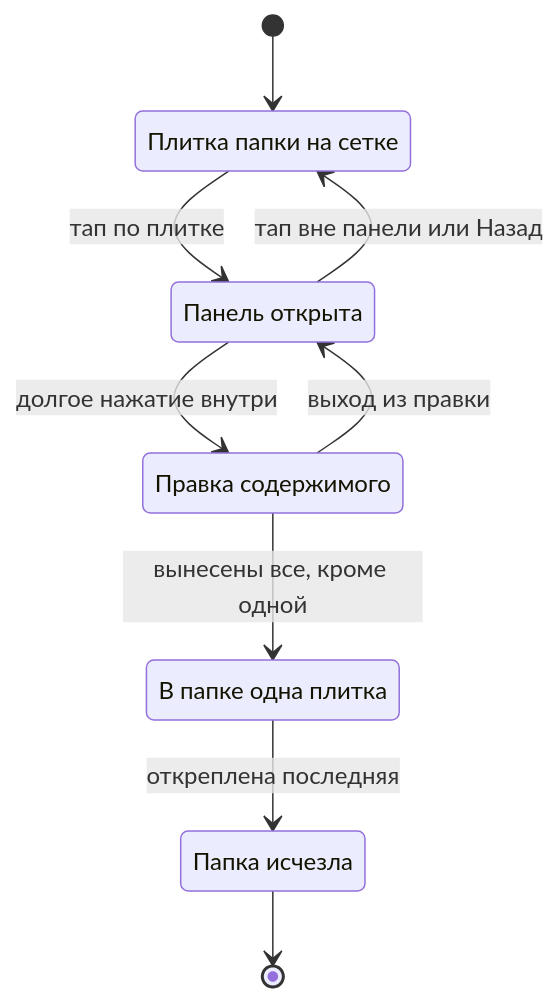
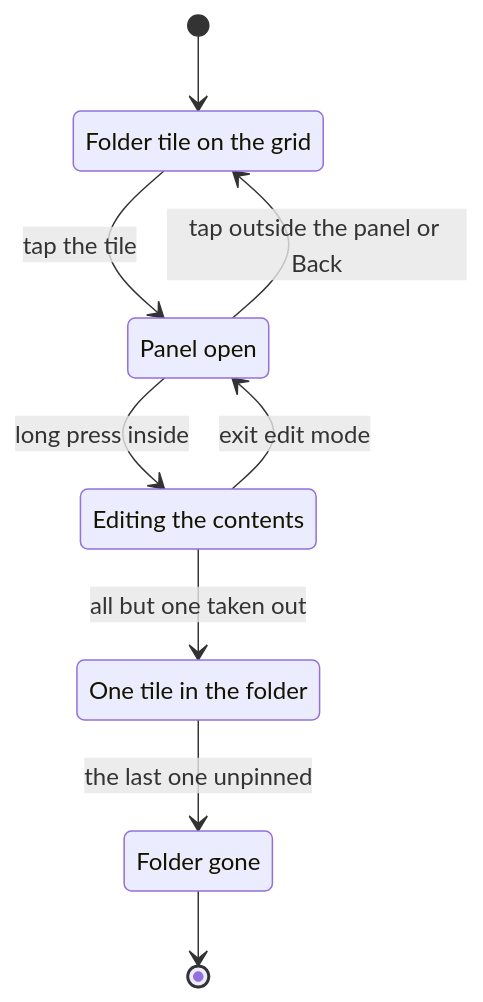
One commit to ihodorchenko/TesseraKit changed the third of 4 diagrams in docs/W10M-STARTSCREEN.md. Above: the diagram before and after it, drawn with Mermaid. The commit also changed other lines of this file and 85 other files, not shown here.

````diff
--- a/docs/W10M-STARTSCREEN.md
+++ b/docs/W10M-STARTSCREEN.md
@@ -279,17 +281,17 @@
 ```mermaid
 stateDiagram-v2
-    state "Плитка папки на сетке" as A1
-    state "Панель открыта" as A2
-    state "Правка содержимого" as A3
-    state "В папке одна плитка" as A4
-    state "Папка исчезла" as A5
+    state "Folder tile on the grid" as A1
+    state "Panel open" as A2
+    state "Editing the contents" as A3
+    state "One tile in the folder" as A4
+    state "Folder gone" as A5
 
     [*] --> A1
-    A1 --> A2: тап по плитке
-    A2 --> A1: тап вне панели или Назад
-    A2 --> A3: долгое нажатие внутри
-    A3 --> A2: выход из правки
-    A3 --> A4: вынесены все, кроме одной
-    A4 --> A5: откреплена последняя
+    A1 --> A2: tap the tile
+    A2 --> A1: tap outside the panel or Back
+    A2 --> A3: long press inside
+    A3 --> A2: exit edit mode
+    A3 --> A4: all but one taken out
+    A4 --> A5: the last one unpinned
     A5 --> [*]
 ```
````
